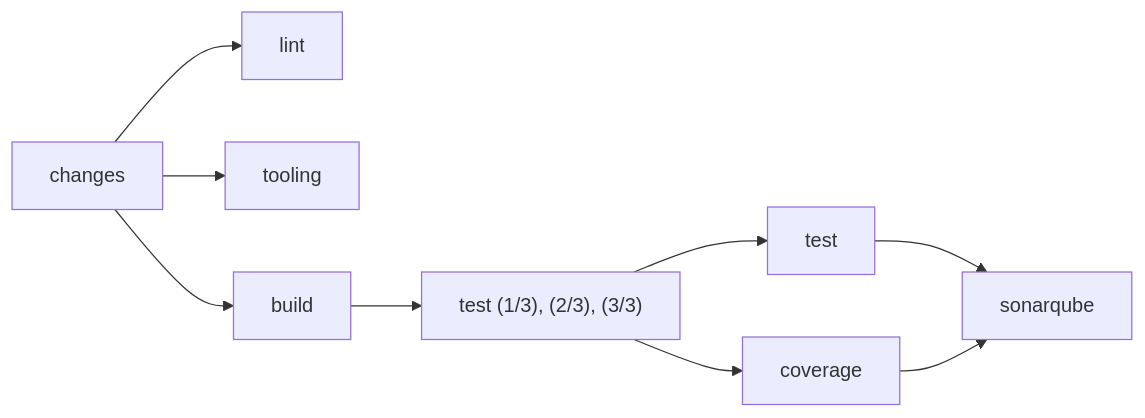
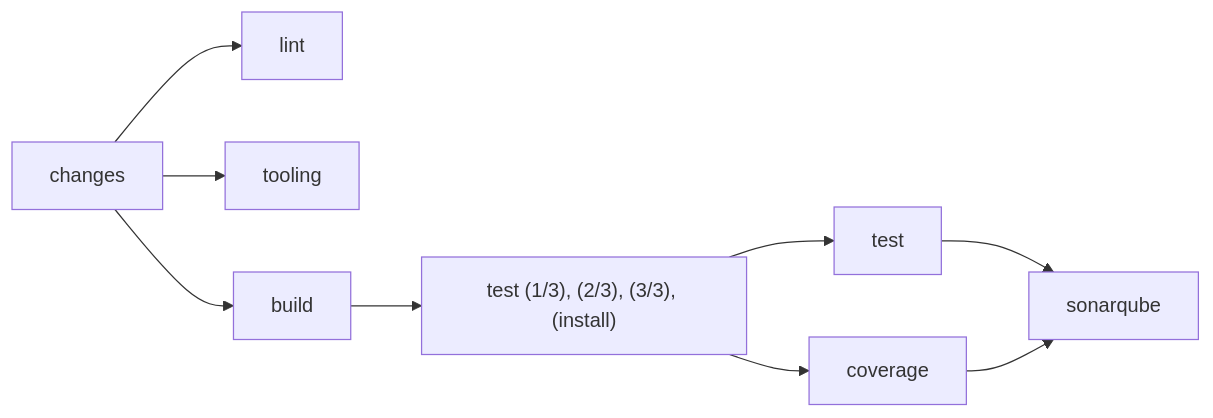
One commit to SoltuneMontepre/medilab changed the diagram in docs/infrastructure/pipelines.md. Above: the diagram before and after it, drawn with Mermaid. The commit also changed other lines of this file and 5 other files, not shown here.

Commit message:
[perf] Install without coverage and sol_demo on the test runners

````diff
--- a/docs/infrastructure/pipelines.md
+++ b/docs/infrastructure/pipelines.md
@@ -20,8 +20,8 @@
 ```mermaid
 flowchart LR
     changes --> lint
     changes --> tooling
-    changes --> build --> runners["test (1/3), (2/3), (3/3)"]
+    changes --> build --> runners["test (1/3), (2/3), (3/3), (install)"]
     runners --> test --> sonarqube
     runners --> coverage --> sonarqube
 ```
````
